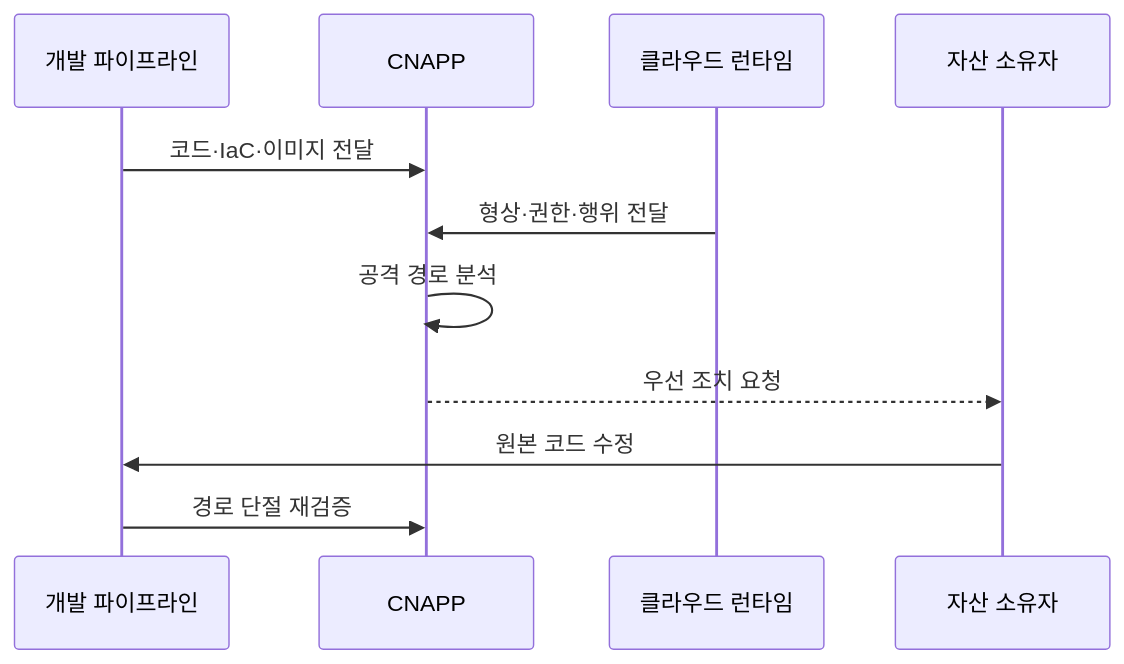
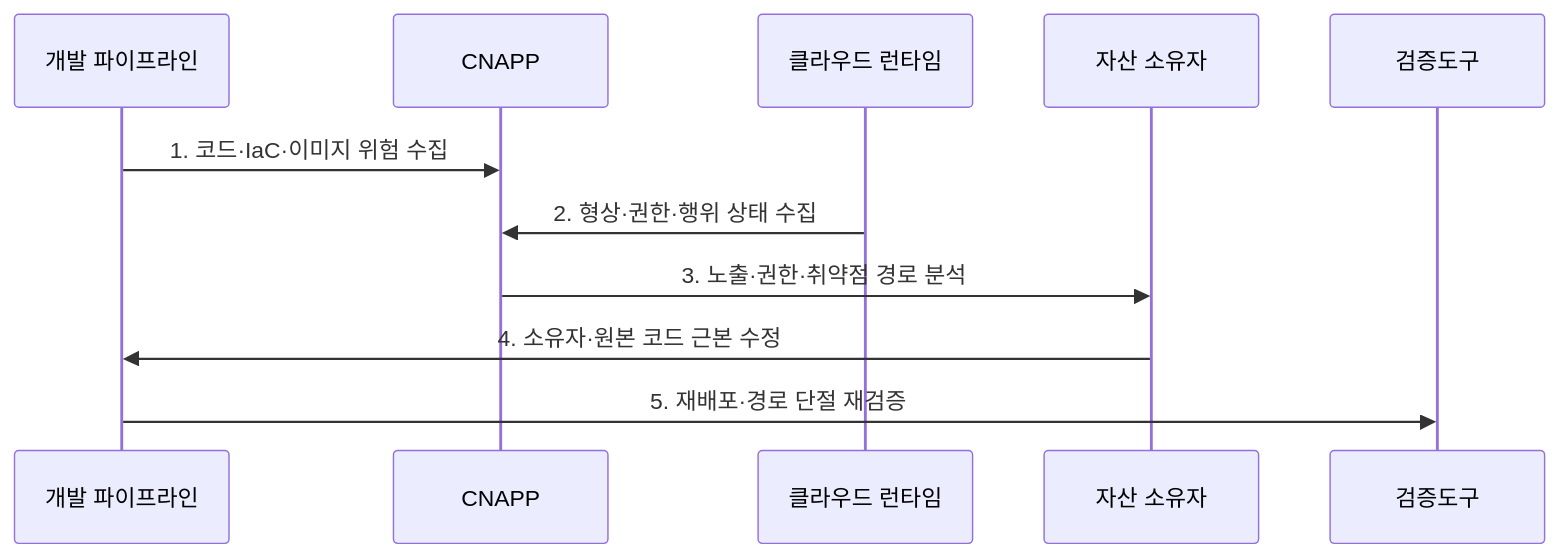
Before and after one commit to agnusdei1207/knowledge-base: the second of 2 diagrams in src/content/docs/notes/05-security/073_cnapp.md, drawn with Mermaid. The commit also changed other lines of this file and 4 other files, not shown here.

````diff
--- a/src/content/docs/notes/05-security/073_cnapp.md
+++ b/src/content/docs/notes/05-security/073_cnapp.md
@@ -88,13 +85,13 @@
 ```mermaid
 sequenceDiagram
     participant D as 개발 파이프라인
     participant C as CNAPP
     participant R as 클라우드 런타임
     participant O as 자산 소유자
-    D->>C: 코드·IaC·이미지 전달
-    R->>C: 형상·권한·행위 전달
-    C->>C: 공격 경로 분석
-    C-->>O: 우선 조치 요청
-    O->>D: 원본 코드 수정
-    D->>C: 경로 단절 재검증
+    participant 검증도구
+    D->>C: 1. 코드·IaC·이미지 위험 수집
+    R->>C: 2. 형상·권한·행위 상태 수집
+    C->>O: 3. 노출·권한·취약점 경로 분석
+    O->>D: 4. 소유자·원본 코드 근본 수정
+    D->>검증도구: 5. 재배포·경로 단절 재검증
 ```
````
